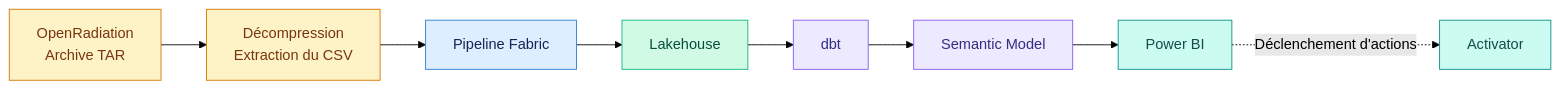
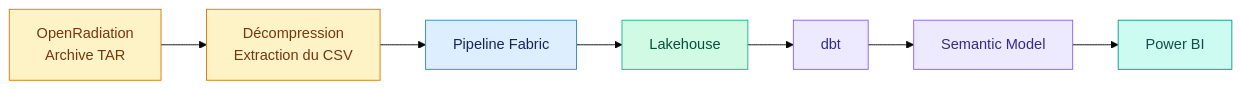
One commit to julien-data-analyst/5CLOU-project changed the second of 4 diagrams in README.md. Above: the diagram before and after it, drawn with Mermaid (forest theme). The commit also changed other lines of this file and 5 other files, not shown here.

````diff
--- a/README.md
+++ b/README.md
@@ -146,22 +139,21 @@
 ```mermaid
 flowchart LR
     A["OpenRadiation<br/>Archive TAR"] --> B["Décompression<br/>Extraction du CSV"]
     B --> C["Pipeline Fabric"]
     C --> D["Lakehouse"]
     D --> E["dbt"]
     E --> F["Semantic Model"]
     F --> G["Power BI"]
-    G -. "Déclenchement d'actions" .-> H["Activator"]
 
     classDef source fill:#FEF3C7,stroke:#D97706,color:#78350F
     classDef ingestion fill:#DCEEFF,stroke:#3182CE,color:#172554
     classDef storage fill:#D1FAE5,stroke:#10B981,color:#064E3B
     classDef transform fill:#EDE9FE,stroke:#8B5CF6,color:#312E81
     classDef visual fill:#CCFBF1,stroke:#0D9488,color:#134E4A
 
     class A,B source
     class C ingestion
     class D storage
     class E,F transform
-    class G,H visual
+    class G visual
 ```
````
